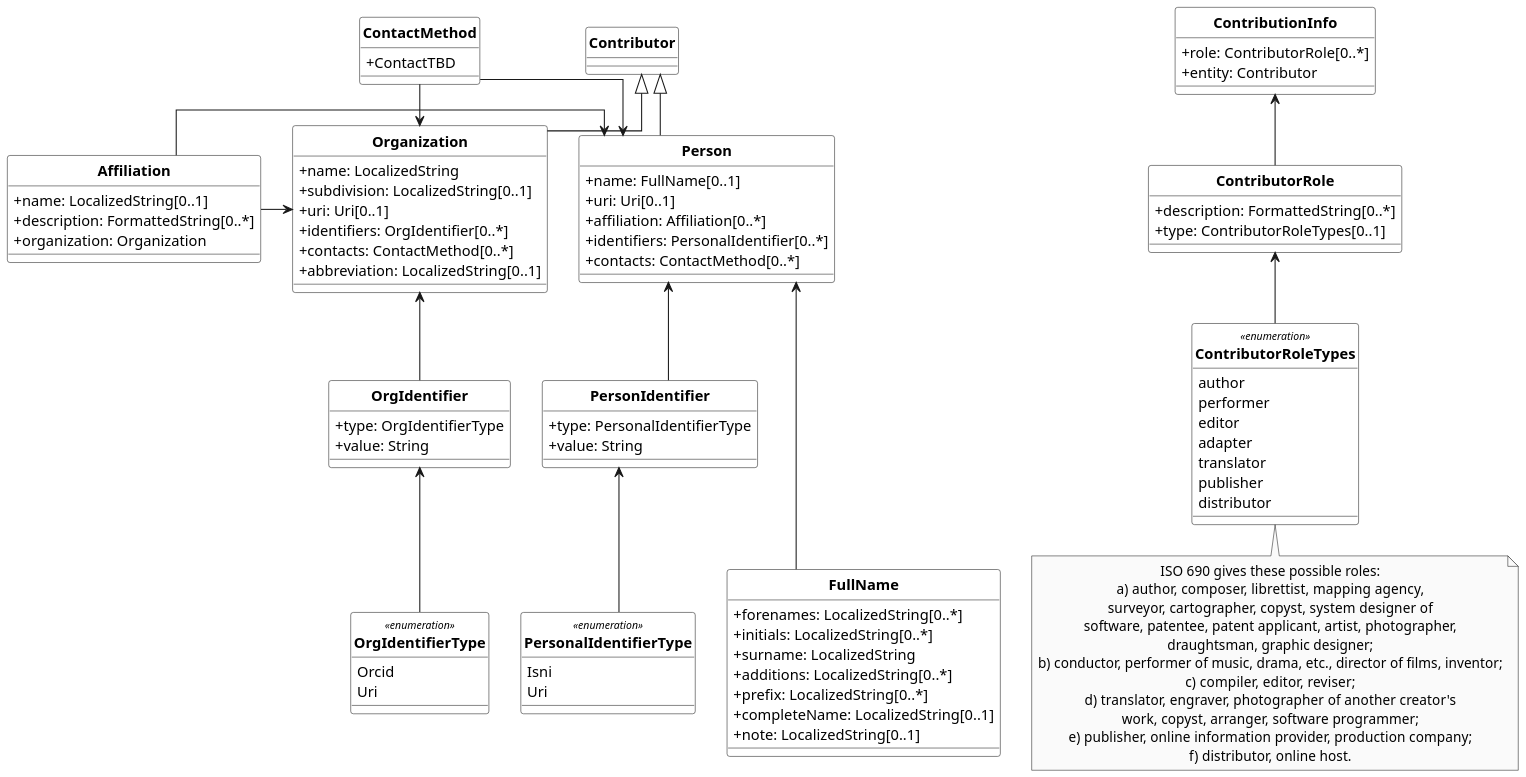
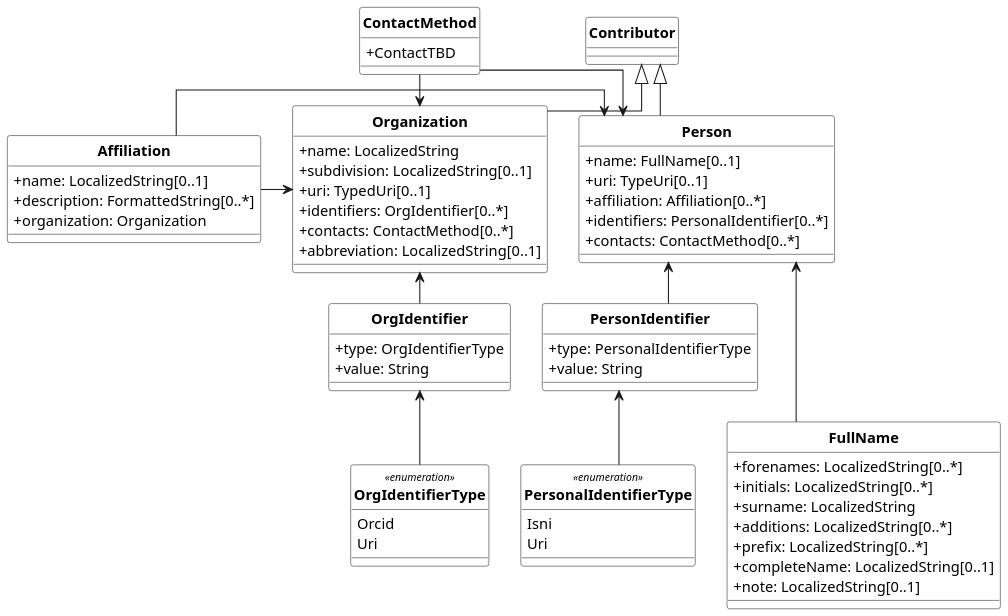
The diagram in models/RelBib_Contributor.wsd (relaton/relaton-models), drawn with PlantUML before and after one commit. The commit also changed 27 other files, not shown here.

```diff
--- a/models/RelBib_Contributor.wsd
+++ b/models/RelBib_Contributor.wsd
@@ -1,189 +1,164 @@
 @startuml RelBib_Contributor
 /'
 Diagram:        RelBib_Citation
 DateCreate:     30/08/2018
 Description:    These bibliographic models are developed to consolidate and standardize the data models used for bibliographic and citation purposes.
                 These models are meant to be fully compatible with ISO 690 and ISO TC 46’s (and SC 4, SC 9) work on bibliography.
                 They are used extensively in the following projects as containers for bibliographic data management and for managing document metadata:
 
                 - ISO Standards
                 - CSD Standards
                 - Chinese Standards (GB and family)
                 - ISO bibliography gem
                 
                 Below are the UML diagrams.
                 The document models are expressed as UML and as RelaxNG Compact (RNC) grammars; see discussion under Grammars. This repository contains the RNC grammars for the base BibliographicItem model, Citation model and the Contributor model.
                 The document models are currently used by IsoDoc-based authoring tools for standards, which convert Asciidoctor source to XML representations of the document models, and validate the XML generated against the RNC schemas:
                 
                 - https://github.com/riboseinc/asciidoctor-iso
                 - https://github.com/riboseinc/asciidoctor-csd
                 - https://github.com/riboseinc/asciidoctor-gb
                 
                 They are also used by tools that render those XML representations of the document models, into HTML and Microsoft Word:
                 
                 - https://github.com/riboseinc/isodoc
                 - https://github.com/riboseinc/asciidoctor-csd (inheriting from isodoc)
                 - https://github.com/riboseinc/asciidoctor-gb (inheriting from isodoc)
 
 Hystory of changes:
 > DD/MM/YYYY
     - 
     - 
 '/
 
 '******* CONFIGURATION ************************************************
 top to bottom direction
 skinparam classAttributeIconSize 0
 skinparam Dpi 150
 skinparam Monochrome true
 skinparam LineType ortho
 skinparam nodesep 30
 skinparam ranksep 30
 hide circle
 /' skinparam CircledCharacterRadius 0 '/
 /' skinparam CircledCharacterFontSize 0 '/
 skinparam Default {
 TextAlignment center
 FontName Helvetica
 }
 skinparam Class {
 AttributeIconSize 0
 BackgroundColor White
 FontStyle bold
 StereotypeFontSize 10
 }
 skinparam Rectangle {
 BackgroundColor White
 FontStyle bold
 FontSize 11
 StereotypeFontSize 10
 }
 skinparam Object {
 BackgroundColor White
 FontStyle bold
 FontSize 11
 StereotypeFontSize 10
 }
 skinparam Entity {
 StereotypeFontSize 10
 }
 
 '******* CLASS DEFINITION *********************************************
 class Contributor {
 
 }
 
 together {
     class Person{
         +name: FullName[0..1]
-        +uri: Uri[0..1]
+        +uri: TypeUri[0..1]
         +affiliation: Affiliation[0..*]
         +identifiers: PersonalIdentifier[0..*]
         +contacts: ContactMethod[0..*]
     }
 
     class ContactMethod{
         +ContactTBD
     }
 
     class Organization{
         +name: LocalizedString
         +subdivision: LocalizedString[0..1]
-        +uri: Uri[0..1]
+        +uri: TypedUri[0..1]
         +identifiers: OrgIdentifier[0..*]
         +contacts: ContactMethod[0..*]
         +abbreviation: LocalizedString[0..1]
     }
 }
 
 together {
     class PersonIdentifier {
         +type: PersonalIdentifierType
         +value: String
     }
 
     class Affiliation{
         +name: LocalizedString[0..1]
         +description: FormattedString[0..*]
         +organization: Organization
     }
 
     class OrgIdentifier{
         +type: OrgIdentifierType
         +value: String
     }
 
 }
 
 
 together {
     enum PersonalIdentifierType <<enumeration>>{
         Isni
         Uri
     }
 
     class FullName{
         +forenames: LocalizedString[0..*]
         +initials: LocalizedString[0..*]
         +surname: LocalizedString
         +additions: LocalizedString[0..*]
         +prefix: LocalizedString[0..*]
         +completeName: LocalizedString[0..1]
         +note: LocalizedString[0..1]
     }
 
     enum OrgIdentifierType <<enumeration>>{
         Orcid
         Uri
     }
 }
 
 
-class ContributionInfo{
-    +role: ContributorRole[0..*]
-    +entity: Contributor
-}
-
-class ContributorRole{
-    +description: FormattedString[0..*]
-    +type: ContributorRoleTypes[0..1]
-}
-
-
-enum ContributorRoleTypes <<enumeration>>{
-    author
-    performer
-    editor
-    adapter
-    translator
-    publisher
-    distributor
-}
-
 '******* NOTES ********************************************************
-note bottom of ContributorRoleTypes: ISO 690 gives these possible roles:\na) author, composer, librettist, mapping agency,\nsurveyor, cartographer, copyst, system designer of\nsoftware, patentee, patent applicant, artist, photographer,\ndraughtsman, graphic designer;\nb) conductor, performer of music, drama, etc., director of films, inventor;\nc) compiler, editor, reviser;\nd) translator, engraver, photographer of another creator's\nwork, copyst, arranger, software programmer;\ne) publisher, online information provider, production company;\nf) distributor, online host.
 
 '******* CLASS RELATIONS **********************************************
 Contributor <|-- Person
 Contributor <|-- Organization
 
 Person <-left- ContactMethod
 ContactMethod -right-> Organization
 
 Person <-- PersonIdentifier
 PersonIdentifier <-- PersonalIdentifierType
 
 Person <-left- Affiliation
 Affiliation -right-> Organization
 
 ContactMethod -[hidden]- Affiliation
 
 Person <-- FullName
 
 Organization <-- OrgIdentifier
 OrgIdentifier <-- OrgIdentifierType
 
-ContributionInfo <-- ContributorRole
-ContributorRole <-- ContributorRoleTypes
-
 @enduml
```
